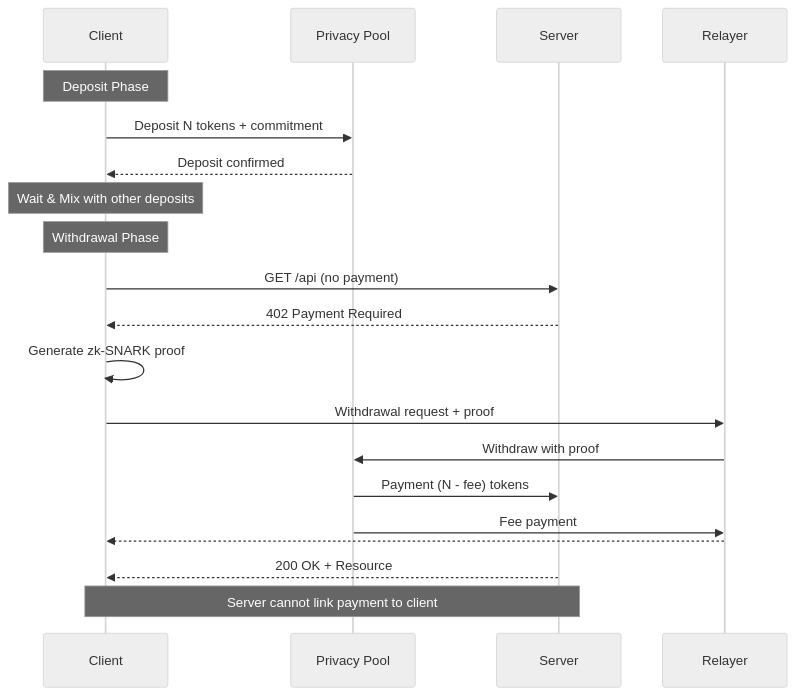
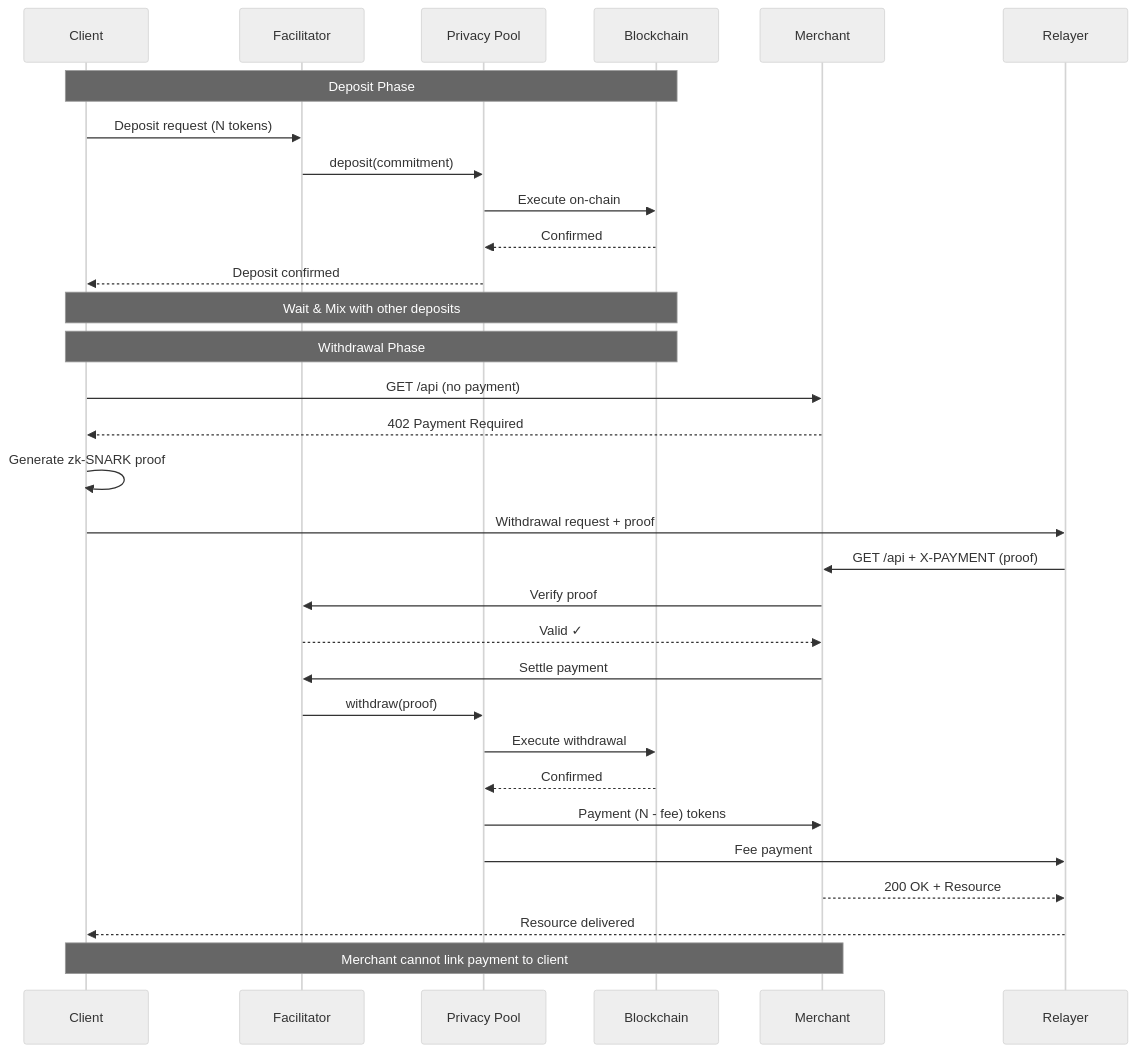
Before and after one commit to tor-x402/torx402-docs: the diagram in README.md, drawn with Mermaid (neutral theme). The commit also changed other lines of this file and 11 other files, not shown here.

````diff
--- a/README.md
+++ b/README.md
@@ -70,26 +70,37 @@
 ```mermaid
 sequenceDiagram
     participant Client
+    participant Facilitator
     participant Pool as Privacy Pool
-    participant Server
+    participant Blockchain
+    participant Merchant
     participant Relayer
 
-    Note over Client: Deposit Phase
-    Client->>Pool: Deposit N tokens + commitment
+    Note over Client,Blockchain: Deposit Phase
+    Client->>Facilitator: Deposit request (N tokens)
+    Facilitator->>Pool: deposit(commitment)
+    Pool->>Blockchain: Execute on-chain
+    Blockchain-->>Pool: Confirmed
     Pool-->>Client: Deposit confirmed
     
-    Note over Client: Wait & Mix with other deposits
+    Note over Client,Blockchain: Wait & Mix with other deposits
     
-    Note over Client: Withdrawal Phase
-    Client->>Server: GET /api (no payment)
-    Server-->>Client: 402 Payment Required
+    Note over Client,Blockchain: Withdrawal Phase
+    Client->>Merchant: GET /api (no payment)
+    Merchant-->>Client: 402 Payment Required
     Client->>Client: Generate zk-SNARK proof
     Client->>Relayer: Withdrawal request + proof
-    Relayer->>Pool: Withdraw with proof
-    Pool->>Server: Payment (N - fee) tokens
+    Relayer->>Merchant: GET /api + X-PAYMENT (proof)
+    Merchant->>Facilitator: Verify proof
+    Facilitator-->>Merchant: Valid ✓
+    Merchant->>Facilitator: Settle payment
+    Facilitator->>Pool: withdraw(proof)
+    Pool->>Blockchain: Execute withdrawal
+    Blockchain-->>Pool: Confirmed
+    Pool->>Merchant: Payment (N - fee) tokens
     Pool->>Relayer: Fee payment
-    Relayer-->>Client: 
-    Server-->>Client: 200 OK + Resource
+    Merchant-->>Relayer: 200 OK + Resource
+    Relayer-->>Client: Resource delivered
     
-    Note over Client,Server: Server cannot link payment to client
+    Note over Client,Merchant: Merchant cannot link payment to client
 ```
````
